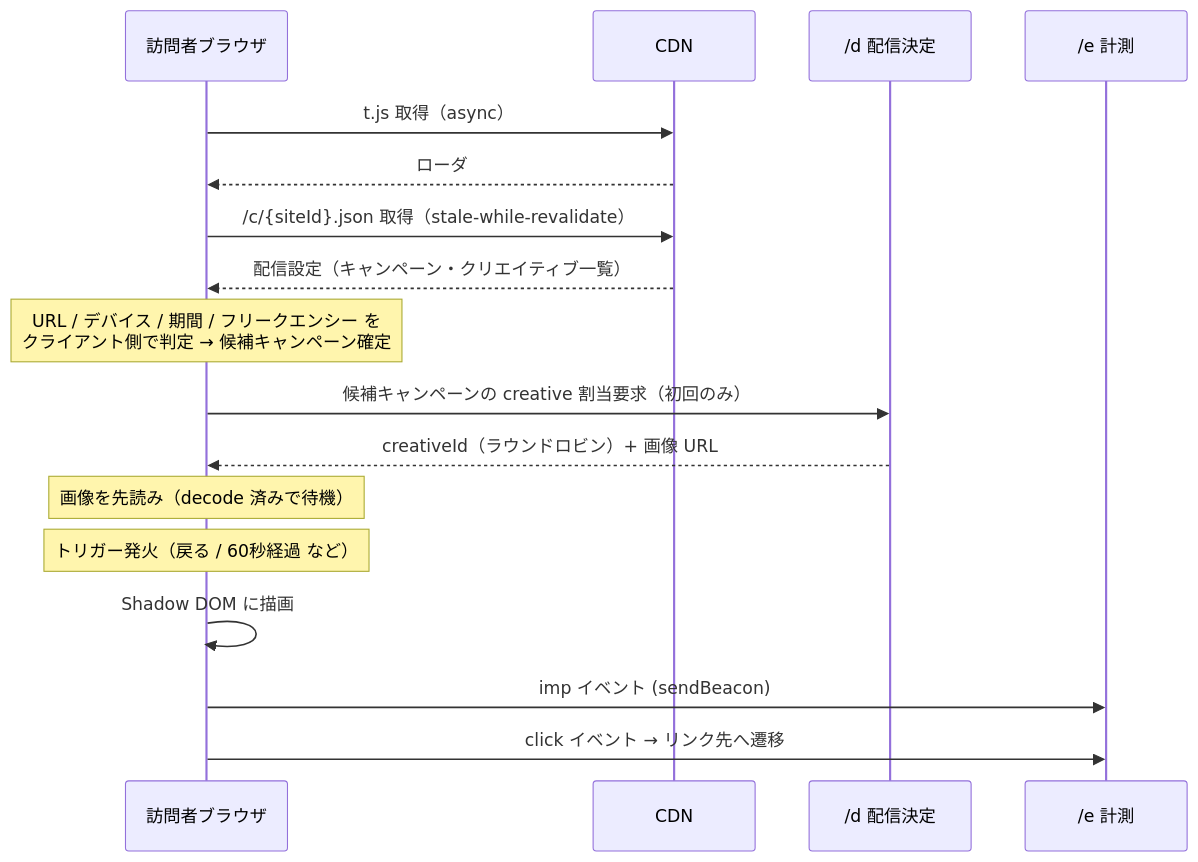
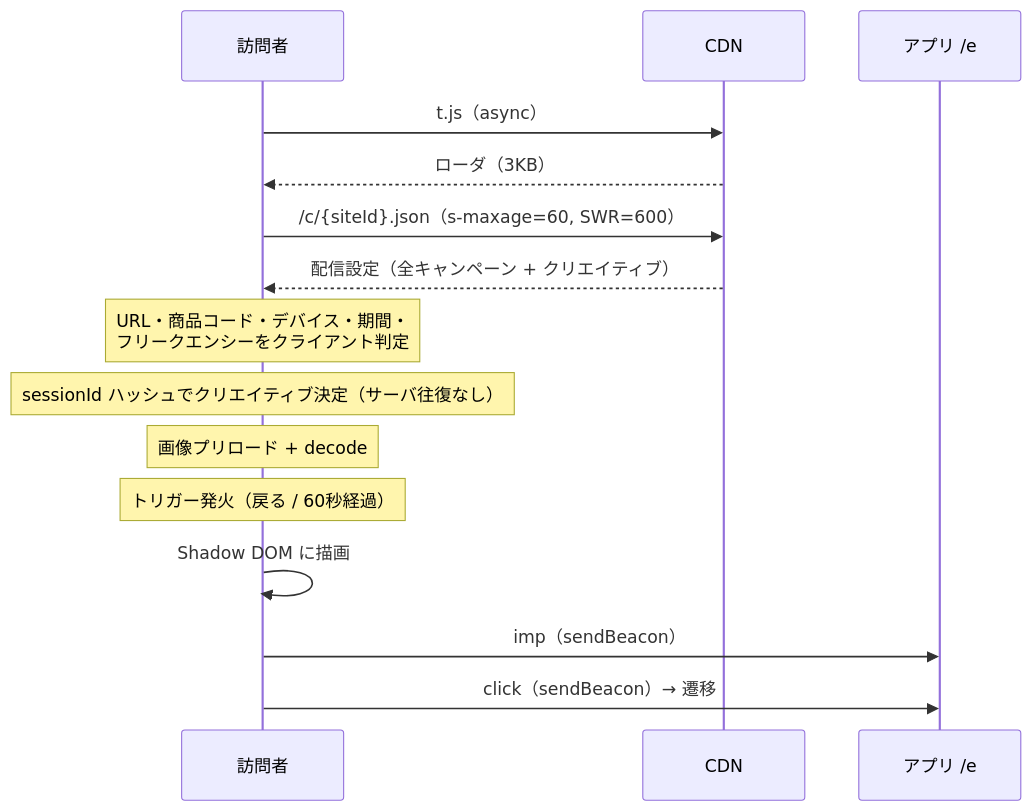
Before and after one commit to t-kamiya-lgtm/popup: the second of 3 diagrams in docs/02-architecture.md, drawn with Mermaid. The commit also changed other lines of this file and 10 other files, not shown here.

````diff
--- a/docs/02-architecture.md
+++ b/docs/02-architecture.md
@@ -85,20 +132,18 @@
 ```mermaid
 sequenceDiagram
-  participant U as 訪問者ブラウザ
+  participant U as 訪問者
   participant C as CDN
-  participant D as /d 配信決定
-  participant E as /e 計測
+  participant A as アプリ /e
 
-  U->>C: t.js 取得（async）
-  C-->>U: ローダ
-  U->>C: /c/{siteId}.json 取得（stale-while-revalidate）
-  C-->>U: 配信設定（キャンペーン・クリエイティブ一覧）
-  Note over U: URL / デバイス / 期間 / フリークエンシー を<br/>クライアント側で判定 → 候補キャンペーン確定
-  U->>D: 候補キャンペーンの creative 割当要求（初回のみ）
-  D-->>U: creativeId（ラウンドロビン）+ 画像 URL
-  Note over U: 画像を先読み（decode 済みで待機）
-  Note over U: トリガー発火（戻る / 60秒経過 など）
+  U->>C: t.js（async）
+  C-->>U: ローダ（3KB）
+  U->>C: /c/{siteId}.json（s-maxage=60, SWR=600）
+  C-->>U: 配信設定（全キャンペーン + クリエイティブ）
+  Note over U: URL・商品コード・デバイス・期間・<br/>フリークエンシーをクライアント判定
+  Note over U: sessionId ハッシュでクリエイティブ決定（サーバ往復なし）
+  Note over U: 画像プリロード + decode
+  Note over U: トリガー発火（戻る / 60秒経過）
   U->>U: Shadow DOM に描画
-  U->>E: imp イベント (sendBeacon)
-  U->>E: click イベント → リンク先へ遷移
+  U->>A: imp（sendBeacon）
+  U->>A: click（sendBeacon）→ 遷移
 ```
````
